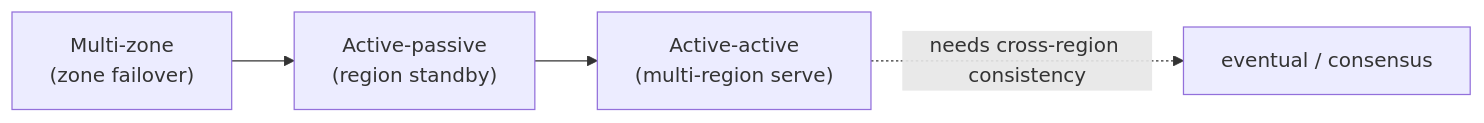
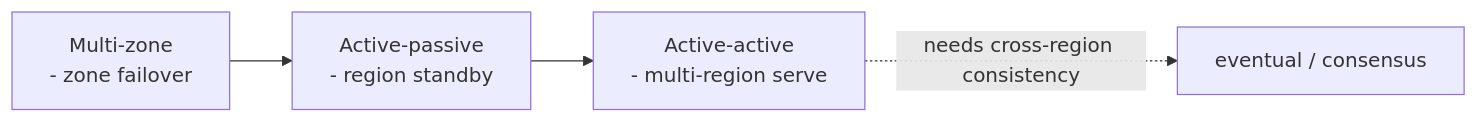
Before and after one commit to RIT-MESH/system-design-mastery: the second of 2 diagrams in docs/06-reliability/01-dr-rto-rpo.md, drawn with Mermaid. The commit also changed 139 other files, not shown here.

First line of the commit message:
Fix Mermaid parse errors: replace parentheses in node labels across 140 files

````diff
--- a/docs/06-reliability/01-dr-rto-rpo.md
+++ b/docs/06-reliability/01-dr-rto-rpo.md
@@ -37,7 +37,7 @@
 ```mermaid
 %% created-for: system-design-mastery
 flowchart LR
-  Z["Multi-zone<br/>(zone failover)"] --> AP["Active-passive<br/>(region standby)"]
-  AP --> AA["Active-active<br/>(multi-region serve)"]
+  Z["Multi-zone<br/> - zone failover"] --> AP["Active-passive<br/> - region standby"]
+  AP --> AA["Active-active<br/> - multi-region serve"]
   AA -.needs cross-region consistency.-> Cons["eventual / consensus"]
 ```
````
